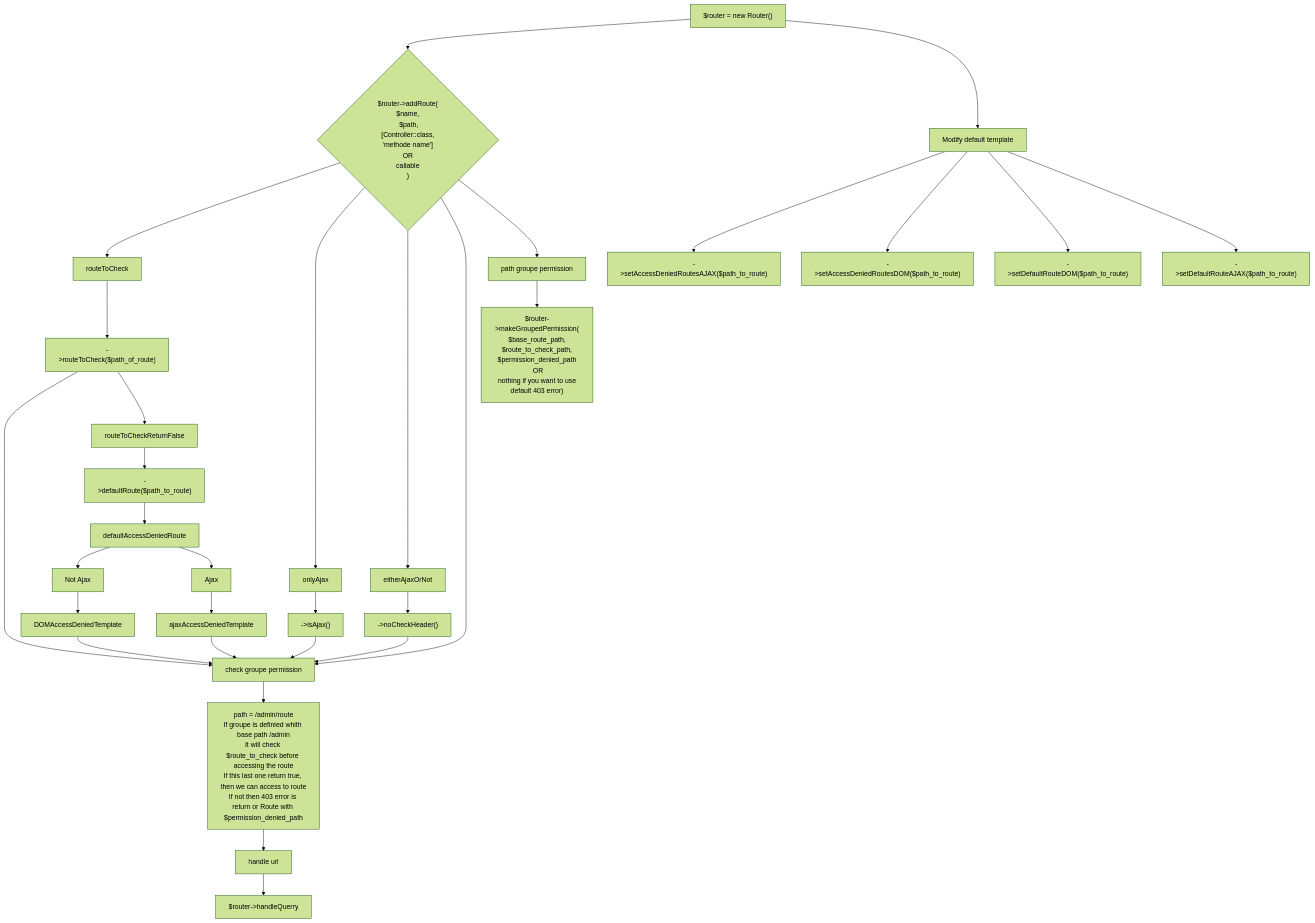
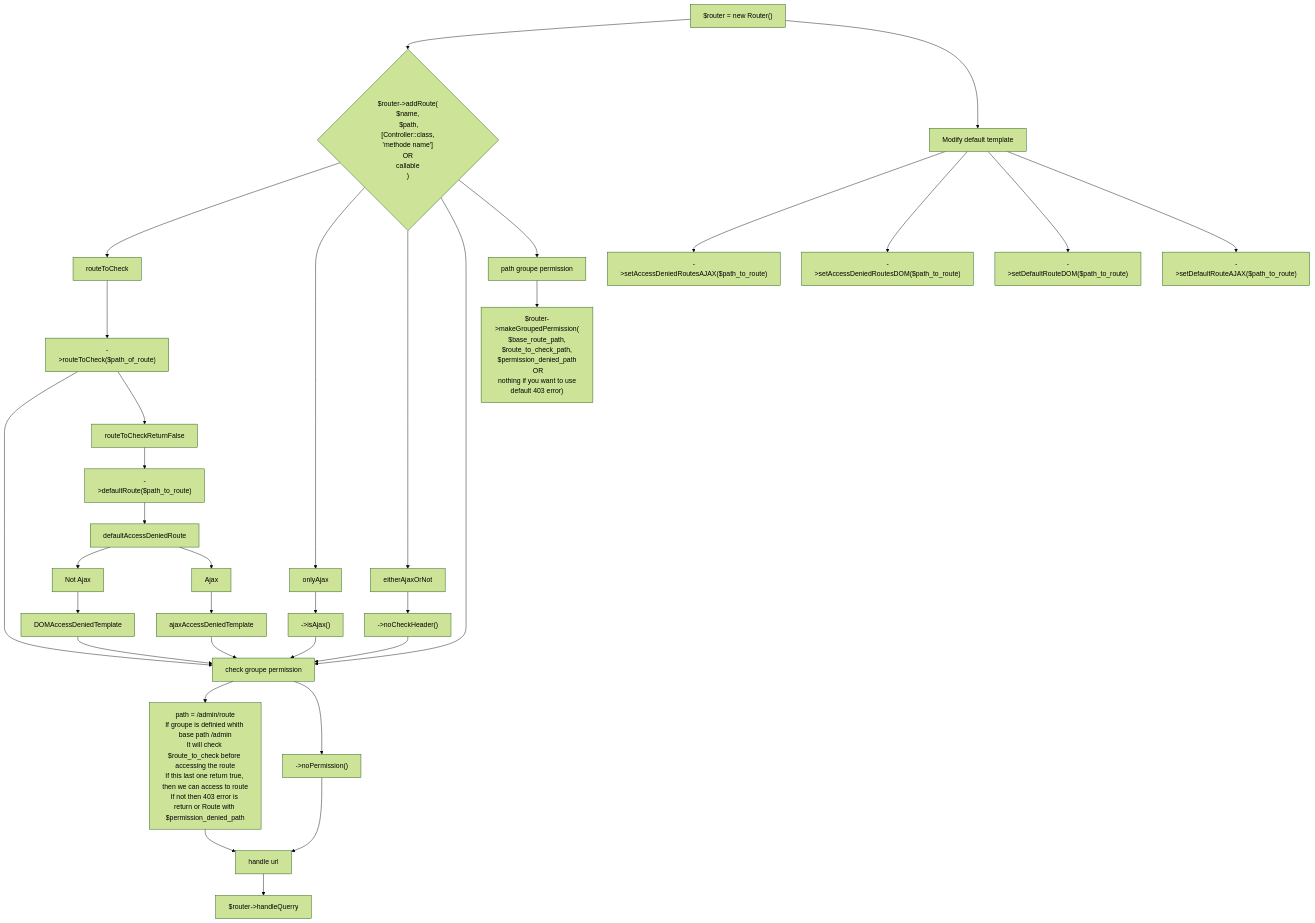
One commit to yanntyb-lib/router changed the diagram in README.md. Above: the diagram before and after it, drawn with Mermaid (forest theme).

````diff
--- a/README.md
+++ b/README.md
@@ -49,29 +49,29 @@
 ```mermaid
 graph TD
         A["$router = new Router()"] --> B{"$router->addRoute(<br>$name,<br> $path,<br> [Controller::class, 'methode name']<br>OR<br>callable<br>)"}
         A --> H["Modify default template"] --> I["->setAccessDeniedRoutesAJAX($path_to_route)"]
 
         T["check groupe permission"] --> U["path = /admin/route<br>If groupe is definied whith base path /admin<br>It will check $route_to_check before accessing the route<br>If this last one return true, then we can access to route<br>If not then 403 error is return or Route with $permission_denied_path"] --> V["handle url"] --> G["$router->handleQuerry"]
-
+        T --> W["->noPermission()"] --> V
 
         B --> routeToCheck --> C["->routeToCheck($path_of_route)"] --> T
         B --> onlyAjax --> D["->isAjax()"] --> T
         B --> eitherAjaxOrNot --> E["->noCheckHeader()"] --> T
         B --> T
         B --> P["path groupe permission"]
         
         C --> routeToCheckReturnFalse --> F["->defaultRoute($path_to_route)"]
         
         F --> M["defaultAccessDeniedRoute"]
         
         M --> R["Not Ajax"] --> DOMAccessDeniedTemplate --> T
         M --> S["Ajax"] --> ajaxAccessDeniedTemplate --> T
         
         H --> J["->setAccessDeniedRoutesDOM($path_to_route)"]
         H --> K["->setDefaultRouteDOM($path_to_route)"]
         H --> L["->setDefaultRouteAJAX($path_to_route)"]
         
        
         P --> Q["$router->makeGroupedPermission(<br>$base_route_path,<br>$route_to_check_path,<br>$permission_denied_path<br> OR<br> nothing if you want to use default 403 error)"]
 
 ```
````
